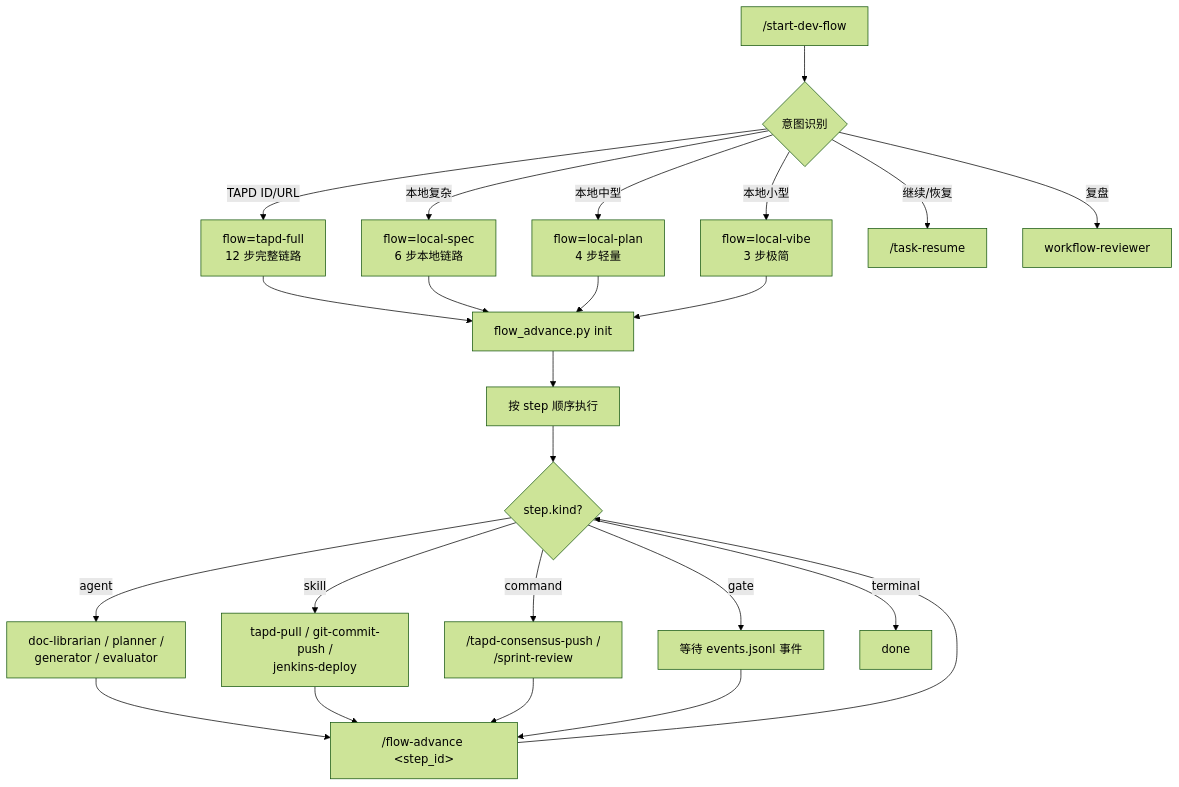
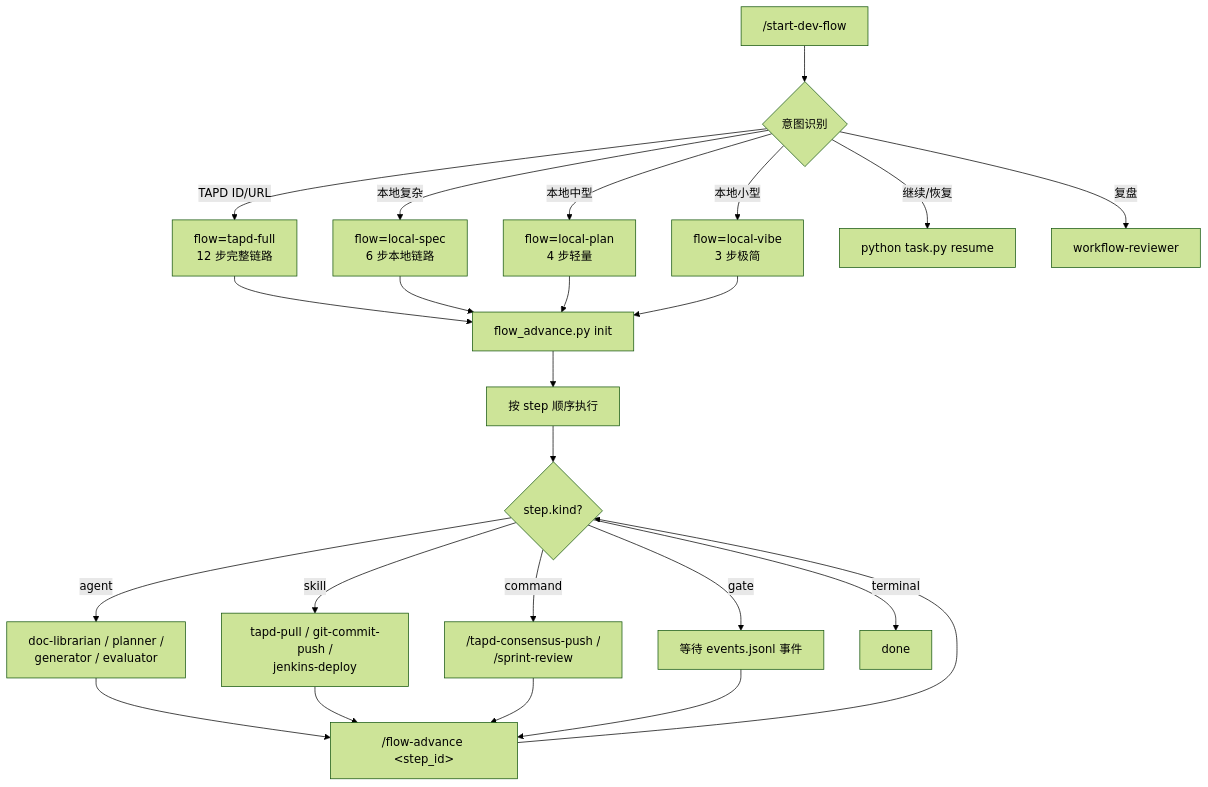
One commit to dd-xiaozhi/dev-agent-flow changed the diagram in .chatlabs/knowledge/project/core-functions.md. Above: the diagram before and after it, drawn with Mermaid (forest theme). The commit also changed 35 other files, not shown here.

Commit message:
refactor(flow): 重构 agent/skill/模板配置，新增 integration-test skill 和 task 管理脚本

````diff
--- a/.chatlabs/knowledge/project/core-functions.md
+++ b/.chatlabs/knowledge/project/core-functions.md
@@ -7,28 +7,28 @@
 ```mermaid
 flowchart TD
     START["/start-dev-flow"] --> 识别{意图识别}
     识别 -->|TAPD ID/URL| F1["flow=tapd-full<br/>12 步完整链路"]
     识别 -->|本地复杂| F2["flow=local-spec<br/>6 步本地链路"]
     识别 -->|本地中型| F3["flow=local-plan<br/>4 步轻量"]
     识别 -->|本地小型| F4["flow=local-vibe<br/>3 步极简"]
-    识别 -->|继续/恢复| RES["/task-resume"]
+    识别 -->|继续/恢复| RES["python task.py resume"]
     识别 -->|复盘| REV["workflow-reviewer"]
 
     F1 --> INIT["flow_advance.py init"]
     F2 --> INIT
     F3 --> INIT
     F4 --> INIT
     INIT --> EXEC[按 step 顺序执行]
     EXEC --> KIND{step.kind?}
     KIND -->|agent| KA["doc-librarian / planner /<br/>generator / evaluator"]
     KIND -->|skill| KS["tapd-pull / git-commit-push /<br/>jenkins-deploy"]
     KIND -->|command| KC["/tapd-consensus-push /<br/>/sprint-review"]
     KIND -->|gate| KG["等待 events.jsonl 事件"]
     KIND -->|terminal| END["done"]
 
     KA --> ADV["/flow-advance &lt;step_id&gt;"]
     KS --> ADV
     KC --> ADV
     KG --> ADV
     ADV --> KIND
 ```
````
